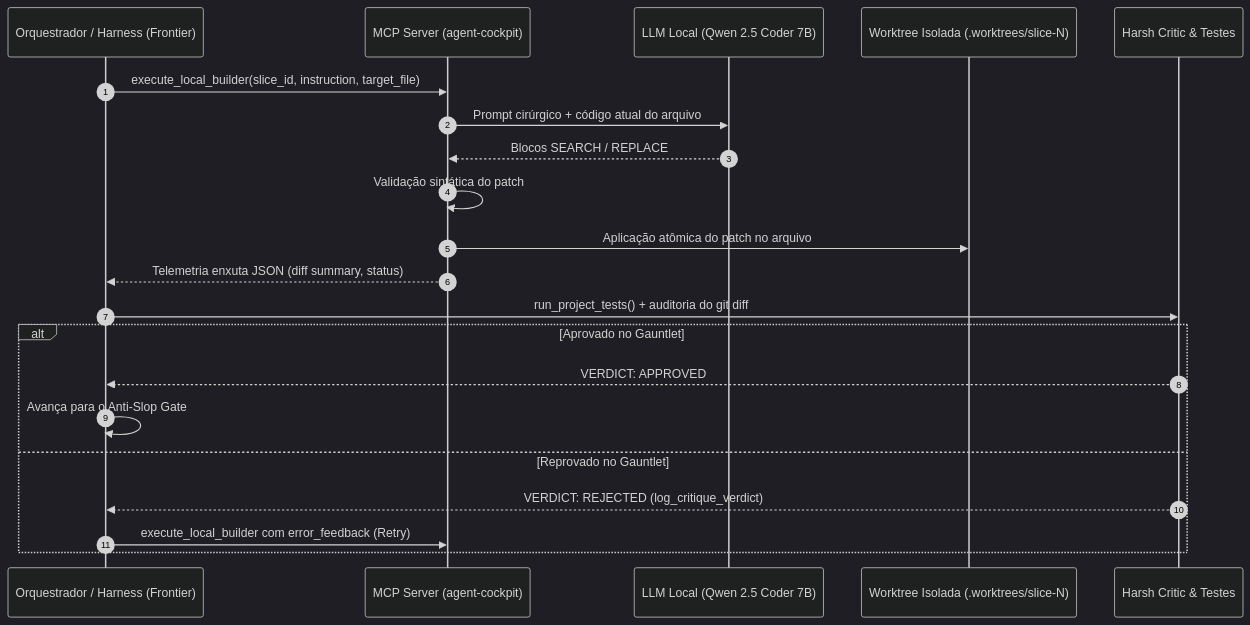
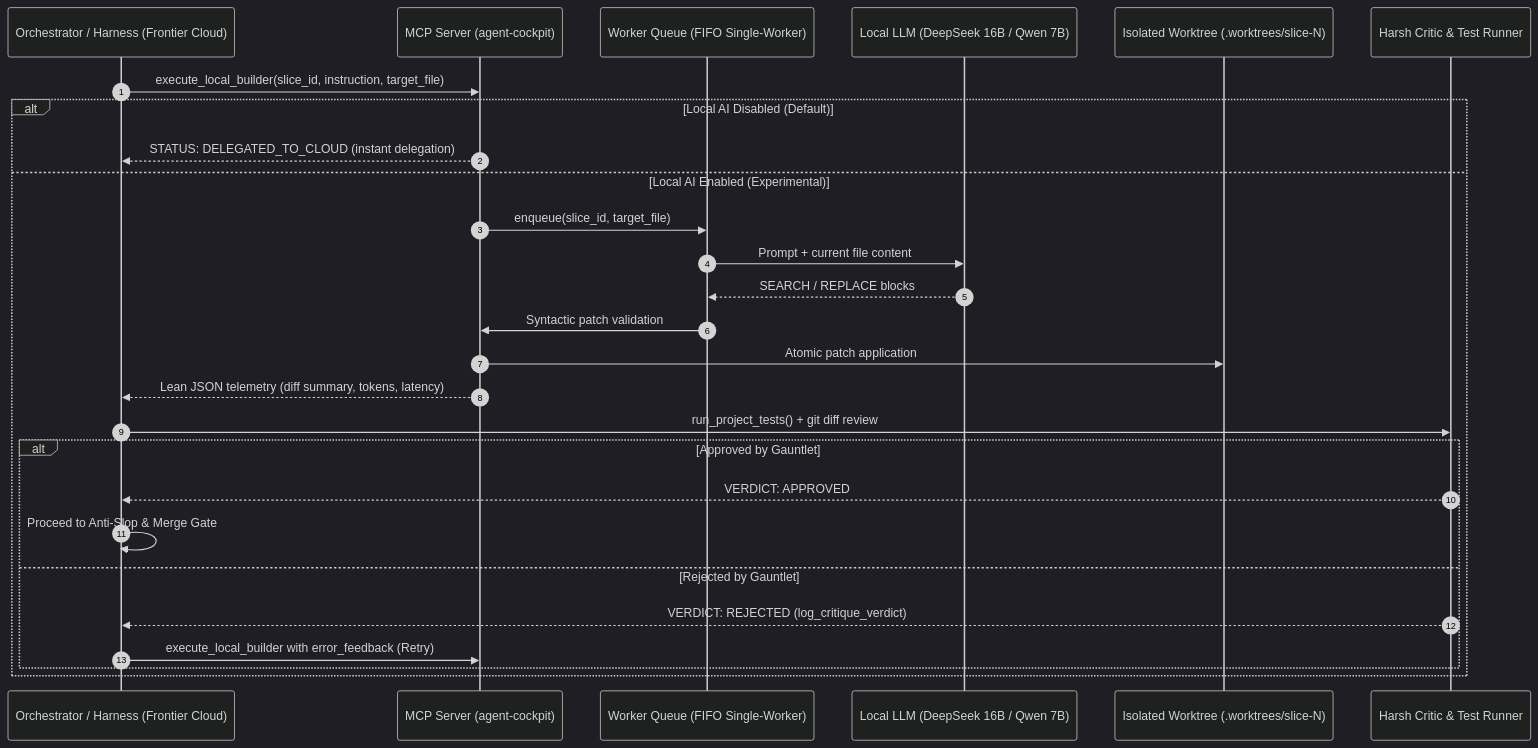
The diagram in docs/LOCAL_WORKER_SPEC.md (bruno33223/agent-cockpit), drawn with Mermaid (dark theme) before and after one commit. The commit also changed other lines of this file and 12 other files, not shown here.

Commit message:
feat(worker): disable local AI by default with experimental badge and english docs

````diff
--- a/docs/LOCAL_WORKER_SPEC.md
+++ b/docs/LOCAL_WORKER_SPEC.md
@@ -15,24 +20,30 @@
 ```mermaid
 sequenceDiagram
     autonumber
-    participant Harness as Orquestrador / Harness (Frontier)
+    participant Harness as Orchestrator / Harness (Frontier Cloud)
     participant MCP as MCP Server (agent-cockpit)
-    participant LocalLLM as LLM Local (Qwen 2.5 Coder 7B)
-    participant Disk as Worktree Isolada (.worktrees/slice-N)
-    participant Critic as Harsh Critic & Testes
+    participant Queue as Worker Queue (FIFO Single-Worker)
+    participant LocalLLM as Local LLM (DeepSeek 16B / Qwen 7B)
+    participant Disk as Isolated Worktree (.worktrees/slice-N)
+    participant Critic as Harsh Critic & Test Runner
 
     Harness->>MCP: execute_local_builder(slice_id, instruction, target_file)
-    MCP->>LocalLLM: Prompt cirúrgico + código atual do arquivo
-    LocalLLM-->>MCP: Blocos SEARCH / REPLACE
-    MCP->>MCP: Validação sintática do patch
-    MCP->>Disk: Aplicação atômica do patch no arquivo
-    MCP-->>Harness: Telemetria enxuta JSON (diff summary, status)
-    Harness->>Critic: run_project_tests() + auditoria do git diff
-    alt Aprovado no Gauntlet
-        Critic-->>Harness: VERDICT: APPROVED
-        Harness->>Harness: Avança para o Anti-Slop Gate
-    else Reprovado no Gauntlet
-        Critic-->>Harness: VERDICT: REJECTED (log_critique_verdict)
-        Harness->>MCP: execute_local_builder com error_feedback (Retry)
+    alt Local AI Disabled (Default)
+        MCP-->>Harness: STATUS: DELEGATED_TO_CLOUD (instant delegation)
+    else Local AI Enabled (Experimental)
+        MCP->>Queue: enqueue(slice_id, target_file)
+        Queue->>LocalLLM: Prompt + current file content
+        LocalLLM-->>Queue: SEARCH / REPLACE blocks
+        Queue->>MCP: Syntactic patch validation
+        MCP->>Disk: Atomic patch application
+        MCP-->>Harness: Lean JSON telemetry (diff summary, tokens, latency)
+        Harness->>Critic: run_project_tests() + git diff review
+        alt Approved by Gauntlet
+            Critic-->>Harness: VERDICT: APPROVED
+            Harness->>Harness: Proceed to Anti-Slop & Merge Gate
+        else Rejected by Gauntlet
+            Critic-->>Harness: VERDICT: REJECTED (log_critique_verdict)
+            Harness->>MCP: execute_local_builder with error_feedback (Retry)
+        end
     end
 ```
````
